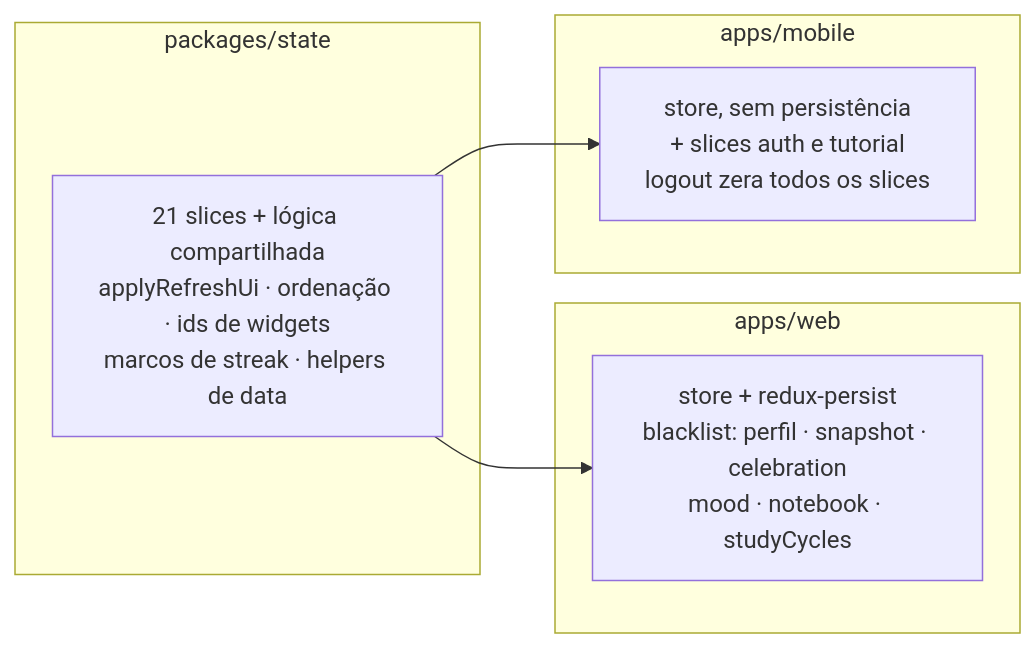
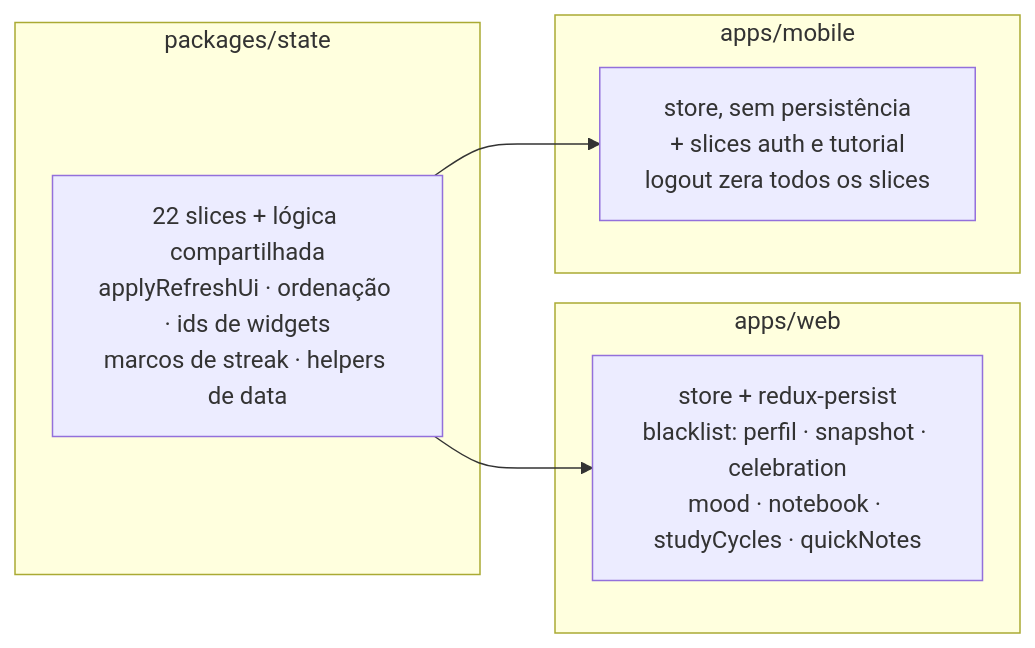
The first of 2 diagrams in architecture/redux-data/pt.md (AndDev741/Beyou-arch-design), drawn with Mermaid before and after one commit. The commit also changed other lines of this file and 31 other files, not shown here.

````diff
--- a/architecture/redux-data/pt.md
+++ b/architecture/redux-data/pt.md
@@ -12,17 +12,17 @@
 ```mermaid
 flowchart LR
   subgraph pkg["packages/state"]
-    SLICES["21 slices + lógica compartilhada<br/>applyRefreshUi · ordenação · ids de widgets<br/>marcos de streak · helpers de data"]
+    SLICES["22 slices + lógica compartilhada<br/>applyRefreshUi · ordenação · ids de widgets<br/>marcos de streak · helpers de data"]
   end
 
   subgraph web["apps/web"]
-    WSTORE["store + redux-persist<br/>blacklist: perfil · snapshot · celebration<br/>mood · notebook · studyCycles"]
+    WSTORE["store + redux-persist<br/>blacklist: perfil · snapshot · celebration<br/>mood · notebook · studyCycles · quickNotes"]
   end
 
   subgraph mobile["apps/mobile"]
     MSTORE["store, sem persistência<br/>+ slices auth e tutorial<br/>logout zera todos os slices"]
   end
 
   SLICES --> WSTORE
   SLICES --> MSTORE
 ```
````
